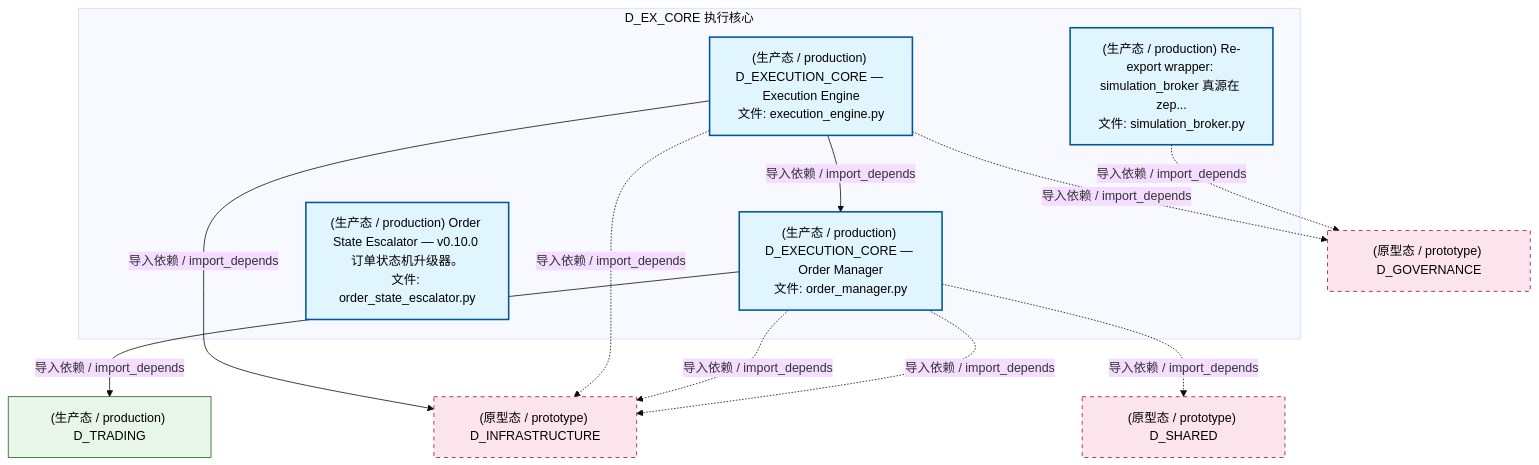
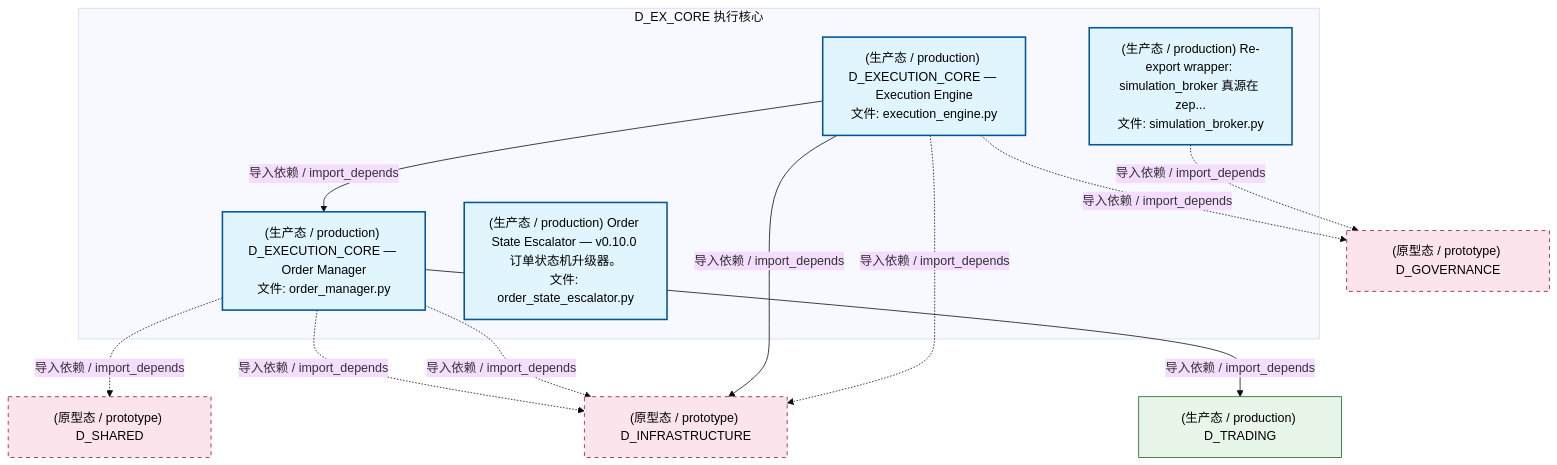
Before and after one commit to xuanFelixVan/ZephyrAlpha: the second of 5 diagrams in docs/02_enterprise_architecture/02_domain_architecture_docs/34_d_ex_core.md, drawn with Mermaid (base theme). The commit also changed other lines of this file and 101 other files, not shown here.

````diff
--- a/docs/02_enterprise_architecture/02_domain_architecture_docs/34_d_ex_core.md
+++ b/docs/02_enterprise_architecture/02_domain_architecture_docs/34_d_ex_core.md
@@ -126,29 +126,29 @@
 ```mermaid
 graph TD
     subgraph D_EX_CORE["D_EX_CORE 执行核心"]
         src_zephyr_ex_core_adapters_simulation_broker_py["(生产态 / production) Re-export wrapper: simulation_broker 真源在 zep...<br/>文件: simulation_broker.py"]
         src_zephyr_ex_core_execution_engine_py["(生产态 / production) D_EXECUTION_CORE — Execution Engine<br/>文件: execution_engine.py"]
         src_zephyr_ex_core_order_manager_py["(生产态 / production) D_EXECUTION_CORE — Order Manager<br/>文件: order_manager.py"]
         src_zephyr_governance_escalation_order_state_escalator_py["(生产态 / production) Order State Escalator — v0.10.0 订单状态机升级器。<br/>文件: order_state_escalator.py"]
     end
     src_zephyr_ex_core_execution_engine_py -->|导入依赖 / import_depends| src_zephyr_ex_core_order_manager_py
-    D_GOVERNANCE["(原型态 / prototype) D_GOVERNANCE"]
-    src_zephyr_ex_core_adapters_simulation_broker_py -.->|导入依赖 / import_depends| D_GOVERNANCE
+    D_SHARED["(原型态 / prototype) D_SHARED"]
+    src_zephyr_ex_core_order_manager_py -.->|导入依赖 / import_depends| D_SHARED
     D_INFRASTRUCTURE["(原型态 / prototype) D_INFRASTRUCTURE"]
     src_zephyr_ex_core_order_manager_py -.->|导入依赖 / import_depends| D_INFRASTRUCTURE
     D_TRADING["(生产态 / production) D_TRADING"]
     src_zephyr_ex_core_order_manager_py -->|导入依赖 / import_depends| D_TRADING
     src_zephyr_ex_core_order_manager_py -.->|导入依赖 / import_depends| D_INFRASTRUCTURE
-    D_SHARED["(原型态 / prototype) D_SHARED"]
-    src_zephyr_ex_core_order_manager_py -.->|导入依赖 / import_depends| D_SHARED
+    src_zephyr_ex_core_execution_engine_py -->|导入依赖 / import_depends| D_INFRASTRUCTURE
+    D_GOVERNANCE["(原型态 / prototype) D_GOVERNANCE"]
+    src_zephyr_ex_core_execution_engine_py -.->|导入依赖 / import_depends| D_GOVERNANCE
     src_zephyr_ex_core_execution_engine_py -.->|导入依赖 / import_depends| D_INFRASTRUCTURE
-    src_zephyr_ex_core_execution_engine_py -.->|导入依赖 / import_depends| D_GOVERNANCE
-    src_zephyr_ex_core_execution_engine_py -->|导入依赖 / import_depends| D_INFRASTRUCTURE
+    src_zephyr_ex_core_adapters_simulation_broker_py -.->|导入依赖 / import_depends| D_GOVERNANCE
     classDef production fill:#e1f5fe,stroke:#01579b,stroke-width:2px,color:#000
     classDef design fill:#fff3e0,stroke:#e65100,stroke-width:2px,color:#000,stroke-dasharray: 5 5
     classDef external_prod fill:#e8f5e9,stroke:#1b5e20,stroke-width:1px,color:#000
     classDef external_design fill:#fce4ec,stroke:#880e4f,stroke-width:1px,color:#000,stroke-dasharray: 5 5
     class src_zephyr_ex_core_adapters_simulation_broker_py,src_zephyr_ex_core_execution_engine_py,src_zephyr_ex_core_order_manager_py,src_zephyr_governance_escalation_order_state_escalator_py production
     class D_TRADING external_prod
-    class D_GOVERNANCE,D_INFRASTRUCTURE,D_SHARED external_design
+    class D_SHARED,D_INFRASTRUCTURE,D_GOVERNANCE external_design
 ```
````
